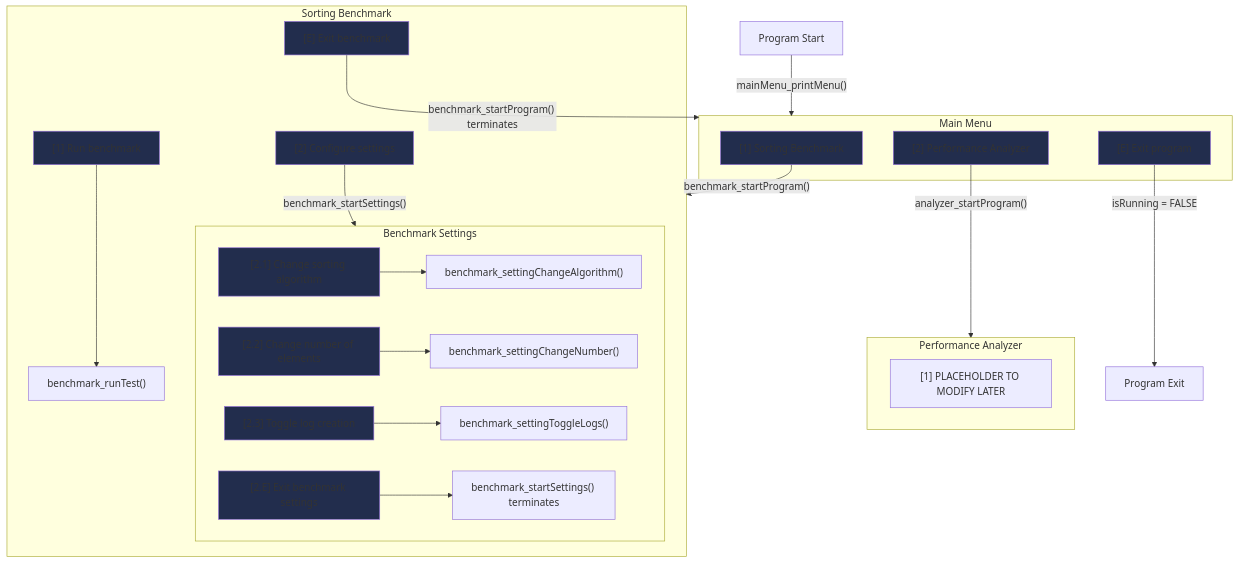
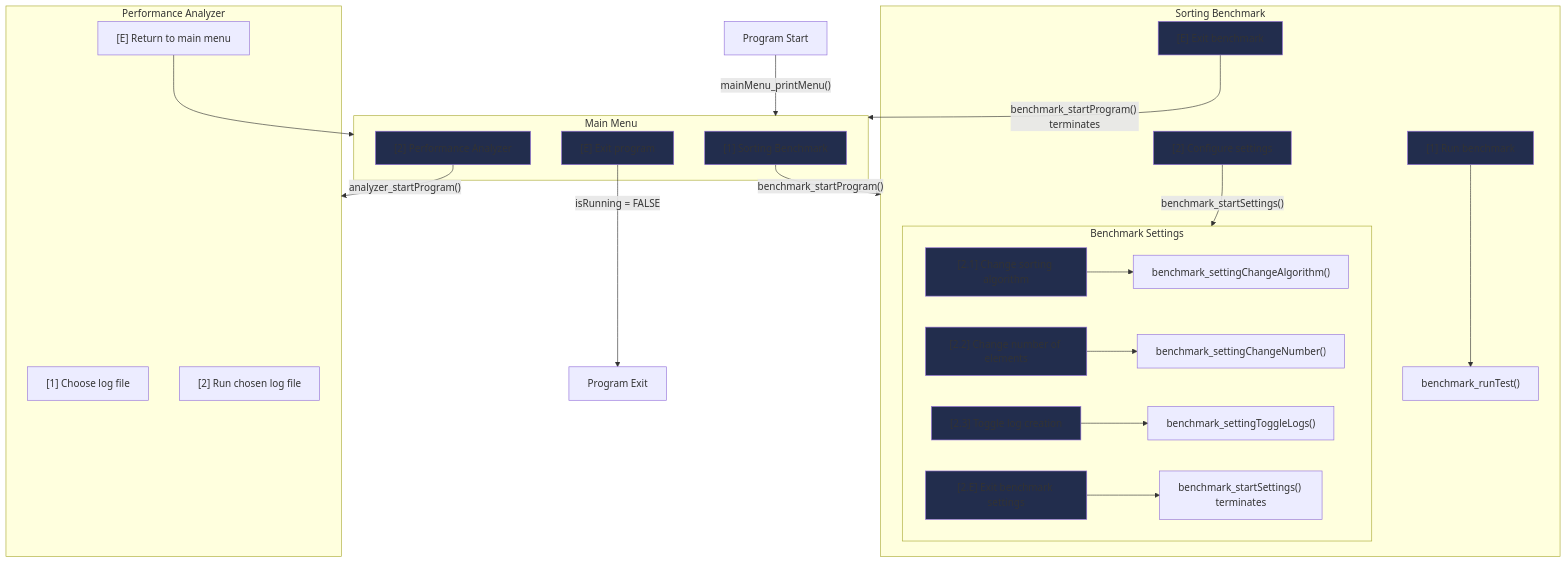
Before and after one commit to TeaFive/sortprofiler: the diagram in README.md, drawn with Mermaid. The commit also changed other lines of this file, not shown here.

````diff
--- a/README.md
+++ b/README.md
@@ -49,53 +55,57 @@
 ```mermaid
 flowchart TB
   S[Program Start]
   S --> |"mainMenu_printMenu()"| MM
 
   subgraph MM[Main Menu]
       %% direction TB
       MM_1["[1]" Sorting Benchmark]
       MM_2["[2]" Performance Analyzer]
       MM_E["[E]" Exit program]
   end
 
   MM_1 --> |"benchmark_startProgram()"| SB
   MM_2 --> |"analyzer_startProgram()"| PA
   MM_E --> |"isRunning = FALSE"| E
 
   subgraph SB[Sorting Benchmark]
     %% direction TB
     SB_1["[1]" Run benchmark]
       SB_1.1["benchmark_runTest()"]
     SB_2["[2]" Configure settings]
     SB_E["[E]" Exit benchmark]
 
     subgraph SB_BS[Benchmark Settings]
       direction LR
       SB_2.1["[2.1]" Change sorting algorithm]
         SB_2.1.1["benchmark_settingChangeAlgorithm()"]
       SB_2.2["[2.2]" Change number of elements]
         SB_2.2.1["benchmark_settingChangeNumber()"]
       SB_2.3["[2.3]" Toggle log creation]
         SB_2.3.1["benchmark_settingToggleLogs()"]
       SB_2.E["[2.E]" Exit benchmark settings]
         SB_2.E.1["benchmark_startSettings() terminates"]
     end
   end
 
   SB_1 --> SB_1.1
   SB_2 --> |"benchmark_startSettings()"| SB_BS
     SB_2.1 --> SB_2.1.1
     SB_2.2 --> SB_2.2.1
     SB_2.3 --> SB_2.3.1
     SB_2.E --> SB_2.E.1
   SB_E --> |"benchmark_startProgram() terminates"| MM
 
   subgraph PA[Performance Analyzer]
-    PA_1["[1]" PLACEHOLDER TO MODIFY LATER]
+    PA_1["[1]" Choose log file]
+    PA_2["[2]" Run chosen log file]
+    PA_3["[E]" Return to main menu]
   end
+
+  PA_3 --> MM
 
   E[Program Exit]
 
   classDef menuOption fill:#222d4d
   class MM_1,MM_2,MM_E,SB_1,SB_2,SB_2.1,SB_2.2,SB_2.3,SB_2.E,SB_E menuOption
 ```
````
